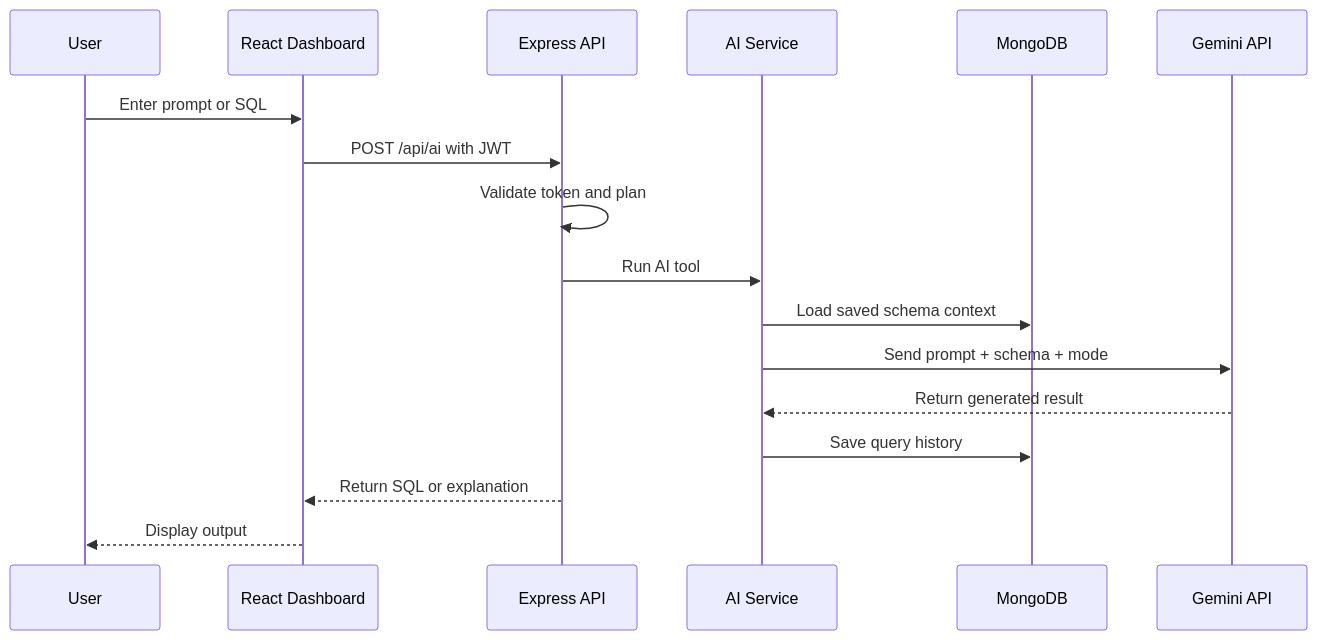
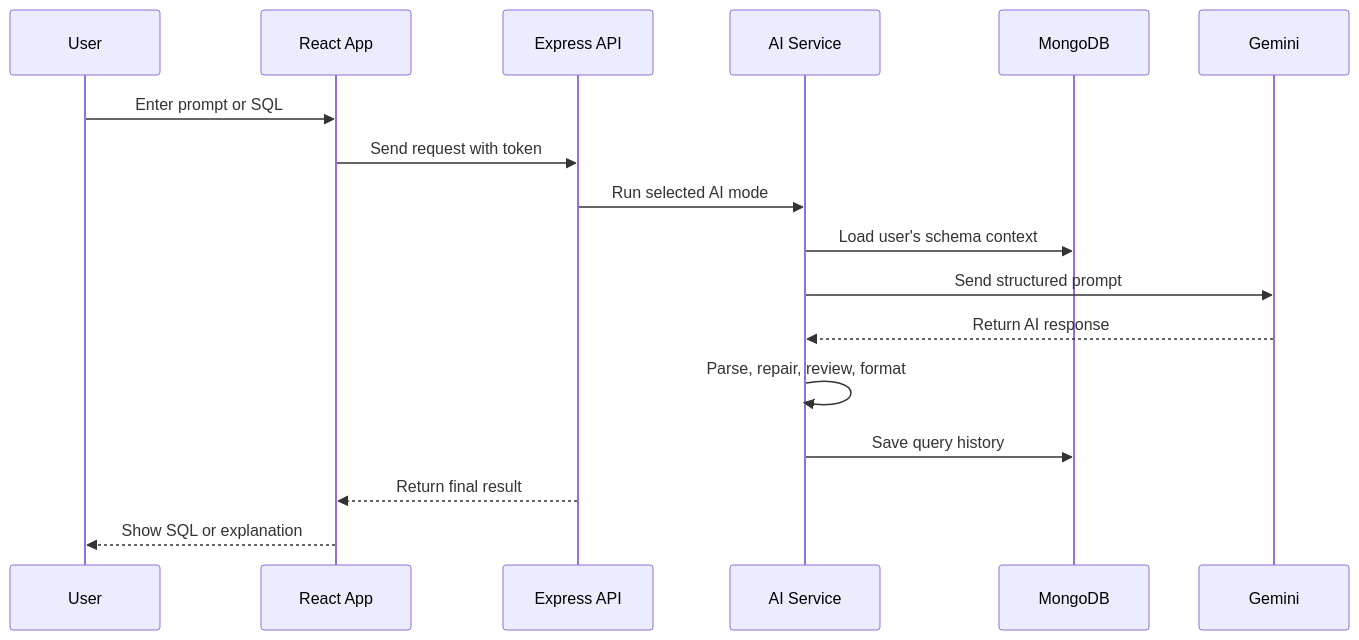
Before and after one commit to utsav1223/AI_SQL_Query_Generator: the second of 2 diagrams in readme.md, drawn with Mermaid. The commit also changed other lines of this file and 1595 other files, not shown here.

````diff
--- a/readme.md
+++ b/readme.md
@@ -164,20 +212,20 @@
 ```mermaid
 sequenceDiagram
   participant U as User
-  participant FE as React Dashboard
+  participant FE as React App
   participant API as Express API
   participant S as AI Service
   participant DB as MongoDB
-  participant G as Gemini API
+  participant G as Gemini
 
   U->>FE: Enter prompt or SQL
-  FE->>API: POST /api/ai with JWT
-  API->>API: Validate token and plan
-  API->>S: Run AI tool
-  S->>DB: Load saved schema context
-  S->>G: Send prompt + schema + mode
-  G-->>S: Return generated result
+  FE->>API: Send request with token
+  API->>S: Run selected AI mode
+  S->>DB: Load user's schema context
+  S->>G: Send structured prompt
+  G-->>S: Return AI response
+  S->>S: Parse, repair, review, format
   S->>DB: Save query history
-  API-->>FE: Return SQL or explanation
-  FE-->>U: Display output
+  API-->>FE: Return final result
+  FE-->>U: Show SQL or explanation
 ```
````
